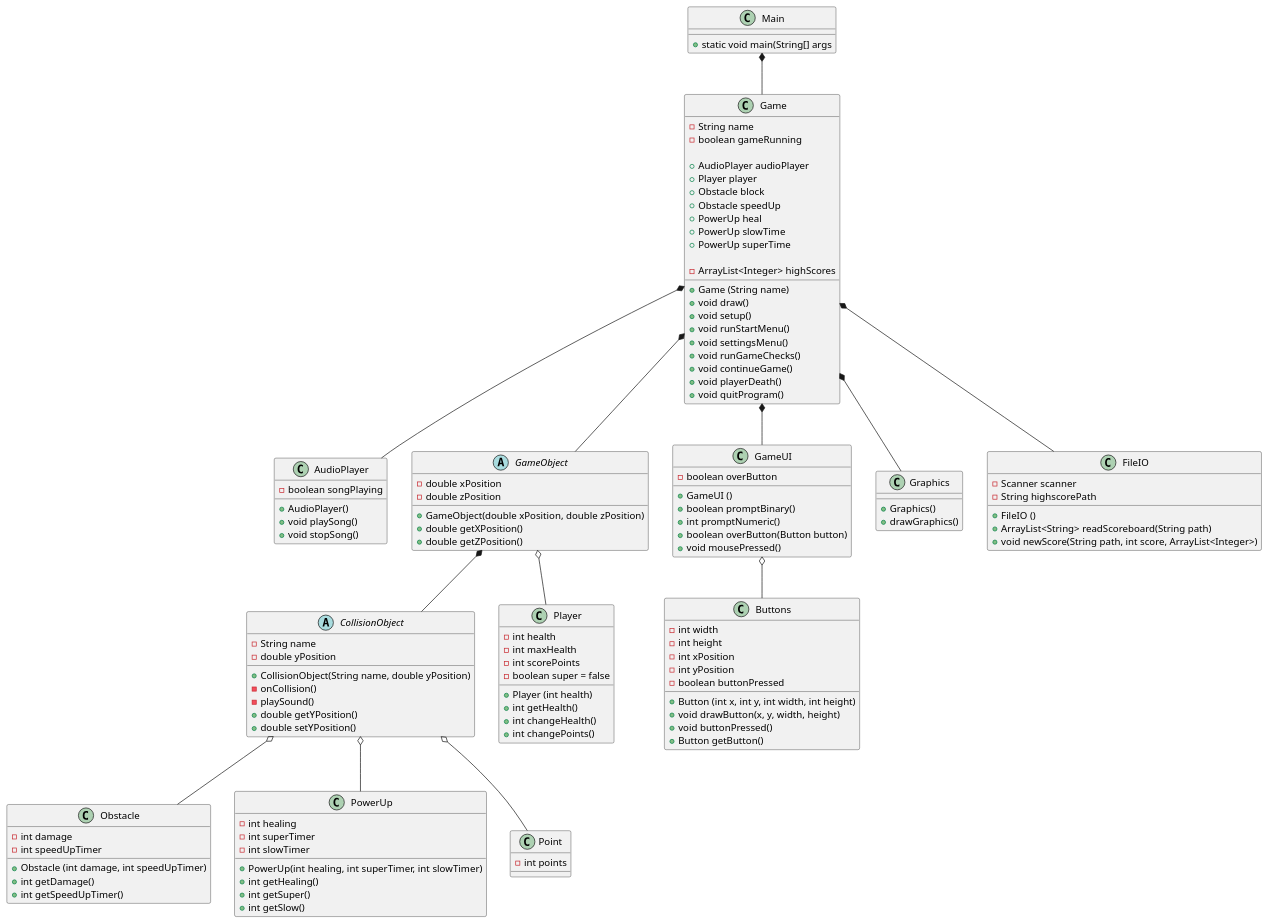
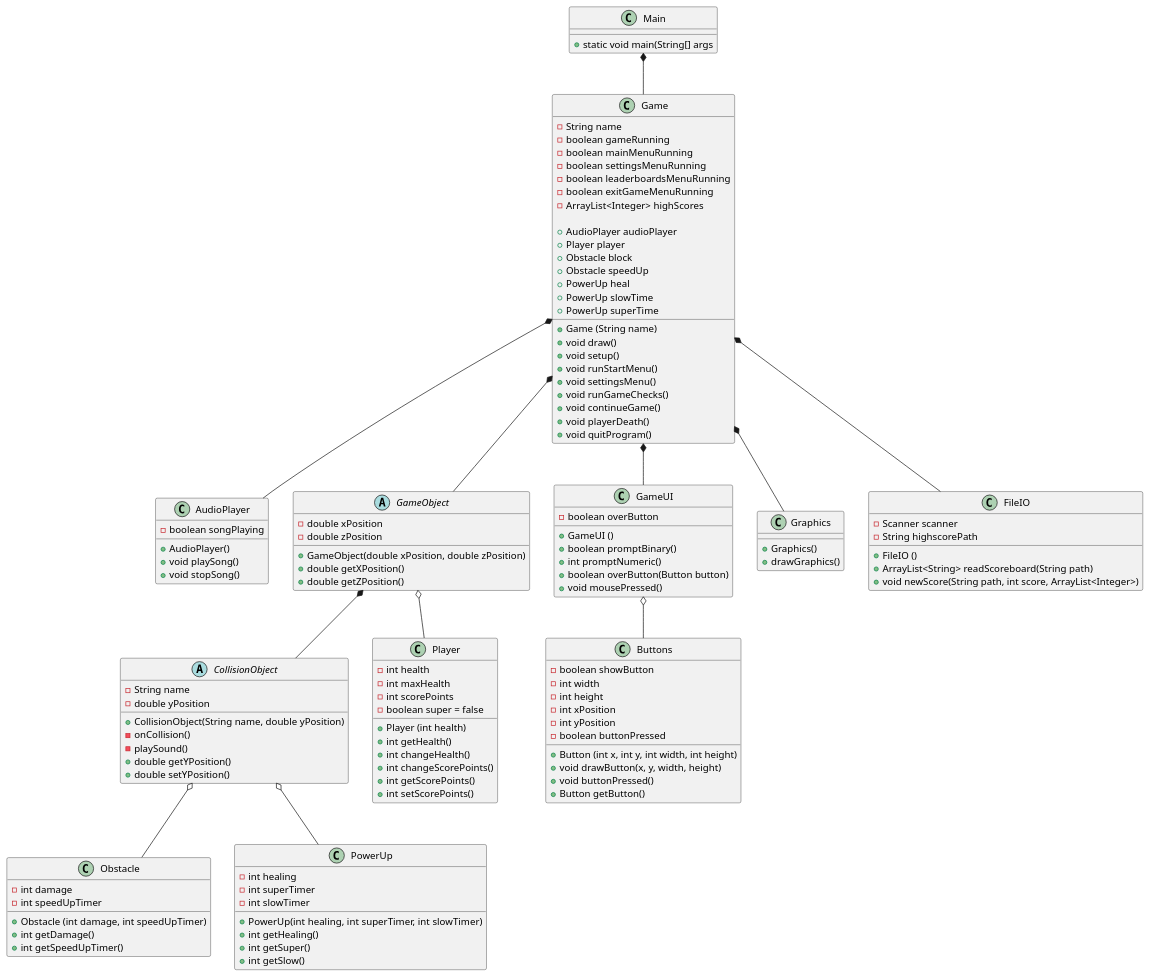
One commit to Gervig/Vaporwave-Rhythm-Racer changed the diagram in doc/Plan/static/classdiagram.puml. Above: the diagram before and after it, drawn with PlantUML.

Commit message:
Devop initial commit

```diff
--- a/doc/Plan/static/classdiagram.puml
+++ b/doc/Plan/static/classdiagram.puml
@@ -1,171 +1,176 @@
 @startuml
 'https://plantuml.com/class-diagram
 
 class Main {
 + static void main(String[] args
 }
 
 class Game {
 - String name
 - boolean gameRunning
+- boolean mainMenuRunning
+- boolean settingsMenuRunning
+- boolean leaderboardsMenuRunning
+- boolean exitGameMenuRunning
+'maybe use tree map
+- ArrayList<Integer> highScores
 
+'objects
 + AudioPlayer audioPlayer
 + Player player
 + Obstacle block
 + Obstacle speedUp
 + PowerUp heal
 + PowerUp slowTime
 + PowerUp superTime
 
-'maybe use tree map
-- ArrayList<Integer> highScores
 
 'constructor
 + Game (String name)
 + void draw()
 + void setup()
 + void runStartMenu()
 + void settingsMenu()
 'checks for player collisions
 + void runGameChecks()
 + void continueGame()
 + void playerDeath()
 + void quitProgram()
 }
 
+'extra feature for later
 class AudioPlayer{
 - boolean songPlaying
 
 'constructor
 + AudioPlayer()
 + void playSong()
 + void stopSong()
 }
 
 'creates different obstacles
 abstract class GameObject{
 - double xPosition
 - double zPosition
 
 'constructor
 + GameObject(double xPosition, double zPosition)
 + double getXPosition()
 + double getZPosition()
 }
 
 abstract class CollisionObject{
 - String name
 - double yPosition
 
 'constructor
 + CollisionObject(String name, double yPosition)
 - onCollision()
 - playSound()
 + double getYPosition()
 + double setYPosition()
 }
 
 'handles the player's input
 class Player{
 - int health
 - int maxHealth
 - int scorePoints
 - boolean super = false
 
 'constructor, set players health to 3 or w/e we want in the constructor & maxHealth
 + Player (int health)
 + int getHealth()
 + int changeHealth()
-+ int changePoints()
++ int changeScorePoints()
++ int getScorePoints()
++ int setScorePoints()
 }
 
 class Obstacle{
 - int damage
 - int speedUpTimer
 
 'constructor
 + Obstacle (int damage, int speedUpTimer)
 + int getDamage()
 + int getSpeedUpTimer()
 '- boolean moreObstacles    adds more obstacles to the game for a short time
 '- int moreObstaclesTimer
 '- boolean hacked   add stuff to the screen that makes it hard to see the game
 '- int hackedTimer
 }
 
 class PowerUp{
 - int healing
 - int superTimer
 - int slowTimer
 
 'constructor
 + PowerUp(int healing, int superTimer, int slowTimer)
 + int getHealing()
 + int getSuper()
 + int getSlow()
 }
 
-class Point{
-- int points
-}
 
 'creates buttons and general UI for the user to interact with
 class GameUI{
 - boolean overButton
 
 'constructor
 + GameUI ()
 + boolean promptBinary()
 + int promptNumeric()
 + boolean overButton(Button button)
 + void mousePressed()
 '+ void createSlider()      check processing "Handles" example
 }
 
 class Buttons{
+- boolean showButton
 - int width
 - int height
 - int xPosition
 - int yPosition
 - boolean buttonPressed
 
 'constructor
 + Button (int x, int y, int width, int height)
 + void drawButton(x, y, width, height)
 + void buttonPressed()
 + Button getButton()
 }
 
 class Graphics{
 
 'constructor
 + Graphics()
 + drawGraphics()
 }
 
 'handles highscores
 class FileIO{
 - Scanner scanner
 - String highscorePath
 
 'constructor
 + FileIO ()
 ' use treeMap to sort list, so that the highest highscore gets displayed in the top
 + ArrayList<String> readScoreboard(String path)
 + void newScore(String path, int score, ArrayList<Integer>)
 }
 
 Main *-- Game
 Game *-- FileIO
 Game *-- GameUI
 Game *-- GameObject
 Game *-- Graphics
 Game *-- AudioPlayer
 GameObject o-- Player
 GameObject *-- CollisionObject
 CollisionObject o-- Obstacle
 CollisionObject o-- PowerUp
-CollisionObject o-- Point
 GameUI o-- Buttons
 
 @enduml
```
